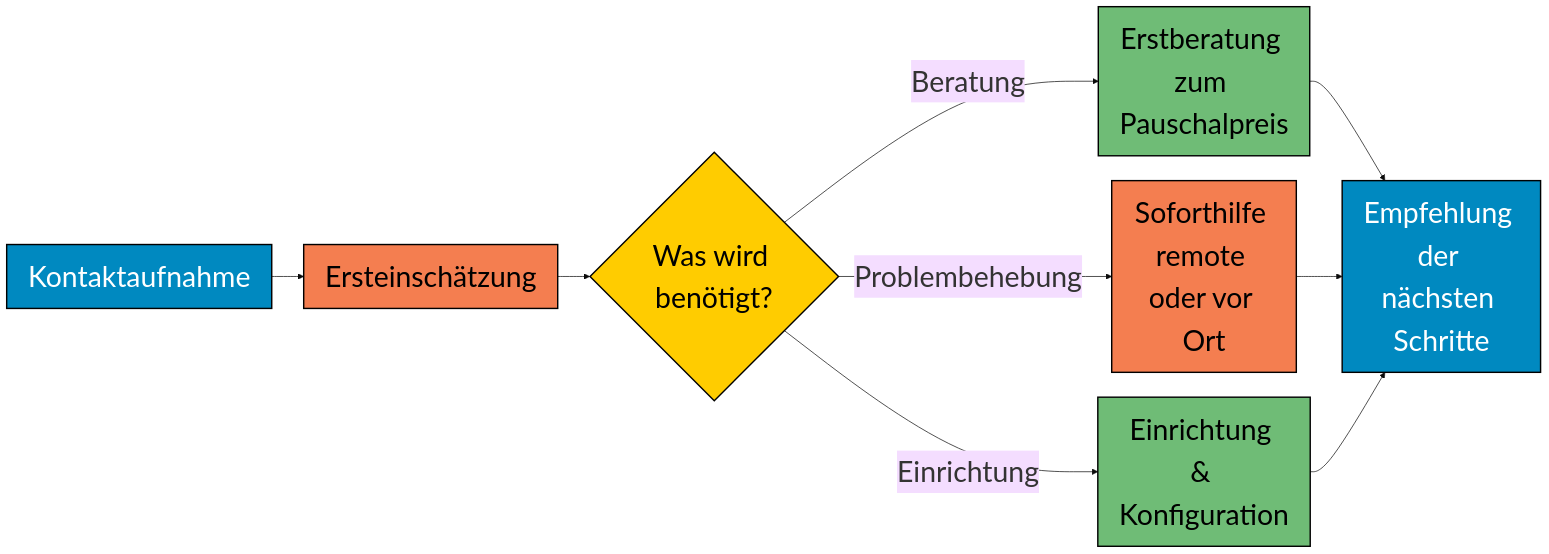
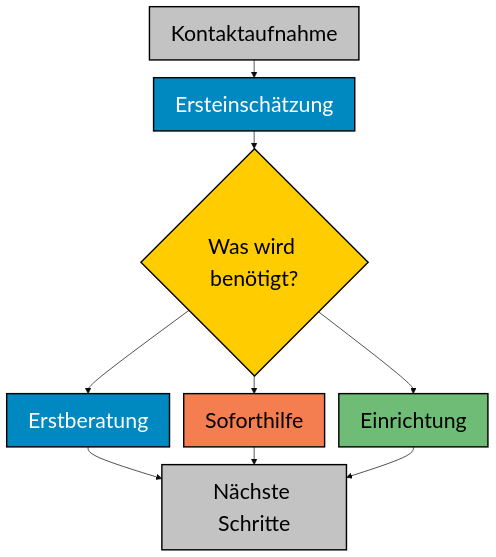
The diagram in README.md (macromeer/macromeer.github.io), drawn with Mermaid before and after one commit.

Commit message:
Update flowchart in README for support process

````diff
--- a/README.md
+++ b/README.md
@@ -38,22 +38,24 @@
 ```mermaid
-%%{init: {'theme': 'base', 'themeVariables': { 'fontSize': '40px' }, 'flowchart': { 'nodeSpacing': 35, 'rankSpacing': 45 }}}%%
-flowchart LR
+%%{init: {'theme': 'base', 'themeVariables': { 'fontSize': '30px' }, 'flowchart': { 'nodeSpacing': 20, 'rankSpacing': 25 }}}%%
+flowchart TB
     A[Kontaktaufnahme] --> B[Ersteinschätzung]
     B --> C{Was wird benötigt?}
-    C -->|Beratung| D[Erstberatung zum Pauschalpreis]
-    C -->|Problembehebung| E[Soforthilfe remote oder vor Ort]
-    C -->|Einrichtung| F[Einrichtung & Konfiguration]
-    D --> G[Empfehlung der nächsten Schritte]
+    C --> D[Erstberatung]
+    C --> E[Soforthilfe]
+    C --> F[Einrichtung]
+    D --> G[Nächste Schritte]
     E --> G
     F --> G
 
+    classDef gray fill:#c3c3c3,stroke:#000000,color:#000000,stroke-width:2px;
     classDef blue fill:#0089c0,stroke:#000000,color:#ffffff,stroke-width:2px;
     classDef red fill:#f47e50,stroke:#000000,color:#000000,stroke-width:2px;
     classDef green fill:#6fbc76,stroke:#000000,color:#000000,stroke-width:2px;
     classDef yellow fill:#ffcc00,stroke:#000000,color:#000000,stroke-width:2px;
 
-    class A,G blue;
-    class B,E red;
-    class D,F green;
+    class A,G gray;
     class C yellow;
+    class B,D blue;
+    class E red;
+    class F green;
 ```
````
